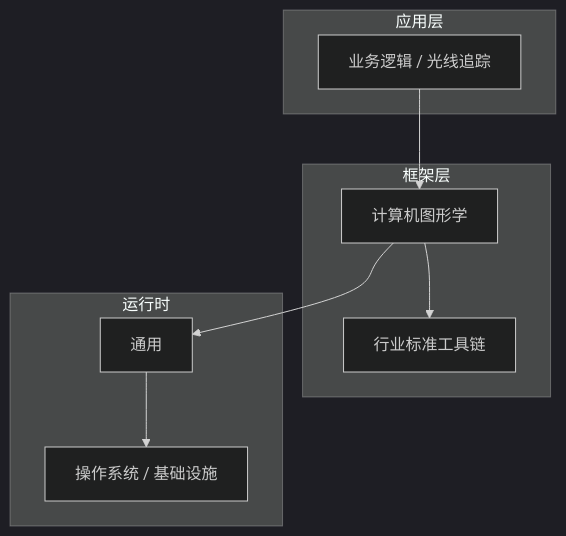
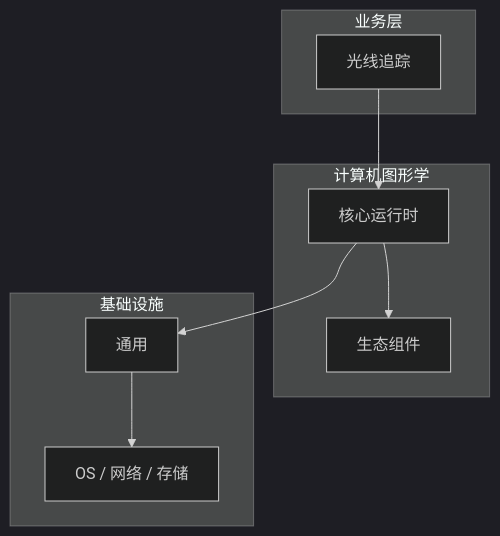
Before and after one commit to yanggan2015/knowledge-json-v2: the diagram in articles/计算机图形学/chapters/061-光线追踪核心概念与原理.md, drawn with Mermaid (dark theme). The commit also changed other lines of this file and 10127 other files, not shown here.

````diff
--- a/articles/计算机图形学/chapters/061-光线追踪核心概念与原理.md
+++ b/articles/计算机图形学/chapters/061-光线追踪核心概念与原理.md
@@ -45,18 +30,18 @@
 ```mermaid
 graph TB
-    subgraph 应用层
-        A[业务逻辑 / 光线追踪]
+    subgraph 业务层
+        A[光线追踪]
     end
-    subgraph 框架层
-        B[计算机图形学]
-        C[行业标准工具链]
+    subgraph 计算机图形学
+        B[核心运行时]
+        C[生态组件]
     end
-    subgraph 运行时
+    subgraph 基础设施
         D[通用]
-        E[操作系统 / 基础设施]
+        E[OS / 网络 / 存储]
     end
     A --> B
     B --> C
     B --> D
     D --> E
 ```
````
